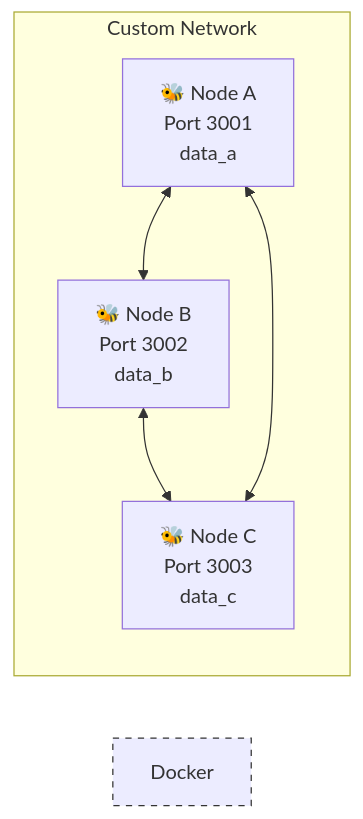
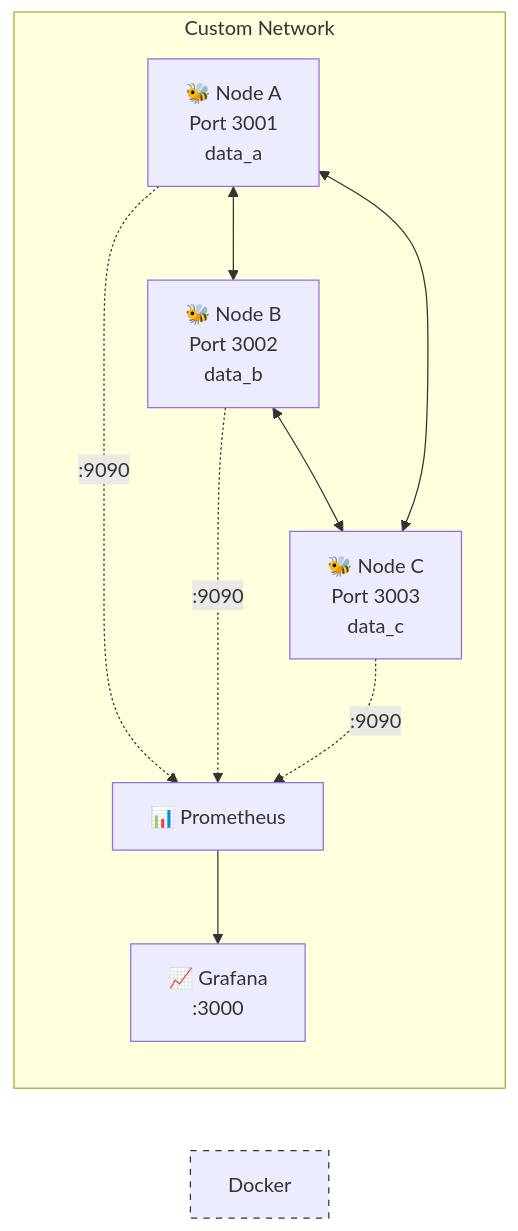
Before and after one commit to adarshkshitij/Hivefs: the first of 2 diagrams in ReadMe.md, drawn with Mermaid. The commit also changed other lines of this file and 13 other files, not shown here.

Commit message:
feat: Phase 3 - Prometheus metrics and Grafana observability

````diff
--- a/ReadMe.md
+++ b/ReadMe.md
@@ -45,14 +45,21 @@
 ```mermaid
 graph LR
     NodeA["🐝 Node A<br/>Port 3001<br/>data_a"] <--> NodeB["🐝 Node B<br/>Port 3002<br/>data_b"]
     NodeB <--> NodeC["🐝 Node C<br/>Port 3003<br/>data_c"]
     NodeC <--> NodeA["🐝 Node A<br/>Port 3001<br/>data_a"]
     
+    NodeA -.->|:9090| Prom["📊 Prometheus"]
+    NodeB -.->|:9090| Prom
+    NodeC -.->|:9090| Prom
+    Prom --> Grafana["📈 Grafana<br/>:3000"]
+    
     subgraph Docker Bridge Network [Custom Network]
         NodeA
         NodeB
         NodeC
+        Prom
+        Grafana
     end
     
     style Docker Bridge Network fill:#f5f5f5,stroke:#333,stroke-width:1px,stroke-dasharray: 5 5
 ```
````
